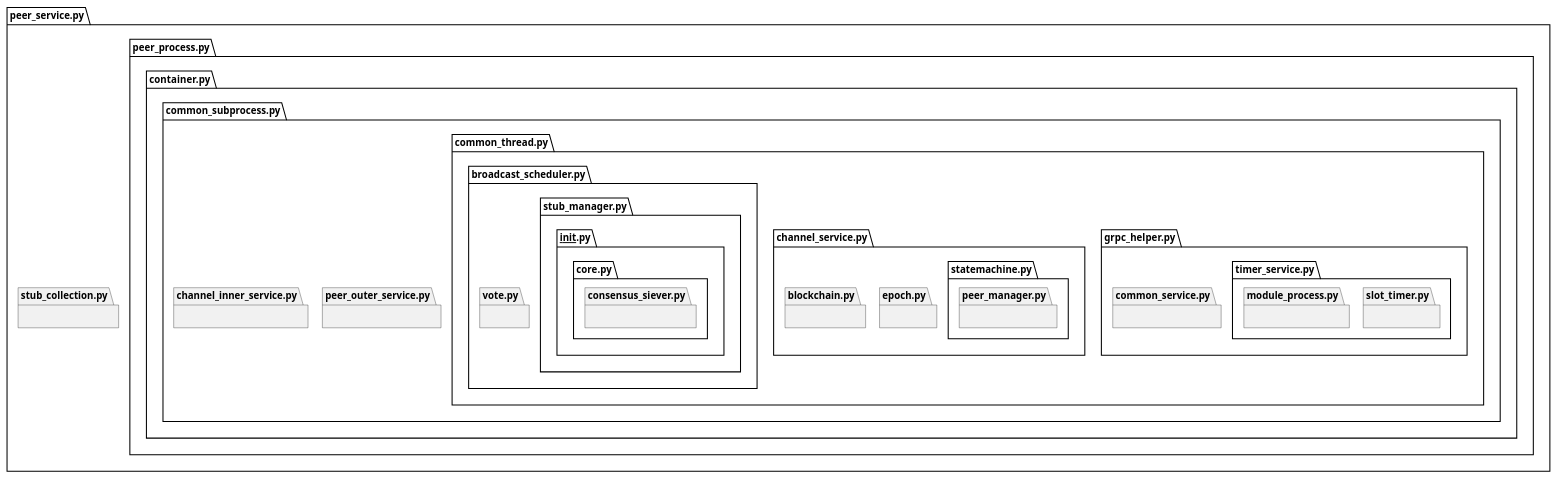
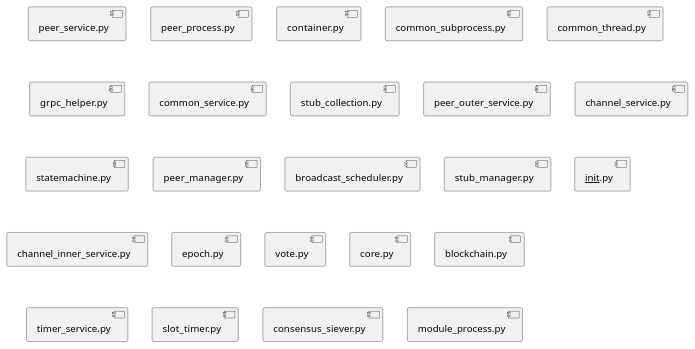
Before and after one commit to metalg0su/studies: the diagram in nutshell.puml, drawn with PlantUML. The commit also changed 2 other files, not shown here.

```diff
--- a/nutshell.puml
+++ b/nutshell.puml
@@ -4,270 +4,270 @@
 @startuml
 '========= loopchain.peer.log
-partition peer_service.py
-partition peer_process.py
-partition container.py
-partition common_subprocess.py
-partition common_thread.py
-partition grpc_helper.py
-partition common_service.py
-partition peer_service.py
-partition stub_collection.py
-partition common_subprocess.py
-partition peer_outer_service.py
-partition common_subprocess.py
-partition peer_outer_service.py
-partition peer_service.py
-partition peer_outer_service.py
-partition common_thread.py
+component peer_service.py
+component peer_process.py
+component container.py
+component common_subprocess.py
+component common_thread.py
+component grpc_helper.py
+component common_service.py
+component peer_service.py
+component stub_collection.py
+component common_subprocess.py
+component peer_outer_service.py
+component common_subprocess.py
+component peer_outer_service.py
+component peer_service.py
+component peer_outer_service.py
+component common_thread.py
 
 '========= loopchain.channel.icon_dex.log
-partition channel_service.py
-partition statemachine.py
-partition peer_manager.py
-partition common_thread.py
-partition broadcast_scheduler.py
-partition stub_manager.py
-partition __init__.py
-partition grpc_helper.py
-partition stub_manager.py
-partition channel_service.py
-partition __init__.py
-partition common_thread.py
-partition common_subprocess.py
-partition channel_inner_service.py
-partition peer_manager.py
-partition stub_manager.py
-partition __init__.py
-partition grpc_helper.py
-partition peer_manager.py
-partition broadcast_scheduler.py
-partition peer_manager.py
-partition stub_manager.py
-partition __init__.py
-partition grpc_helper.py
-partition peer_manager.py
-partition broadcast_scheduler.py
-partition peer_manager.py
-partition stub_manager.py
-partition peer_manager.py
-partition __init__.py
-partition peer_manager.py
-partition grpc_helper.py
-partition peer_manager.py
-partition stub_manager.py
-partition __init__.py
-partition grpc_helper.py
-partition peer_manager.py
-partition stub_manager.py
-partition __init__.py
-partition grpc_helper.py
-partition peer_manager.py
-partition stub_manager.py
-partition __init__.py
-partition grpc_helper.py
-partition peer_manager.py
-partition stub_manager.py
-partition broadcast_scheduler.py
-partition __init__.py
-partition stub_manager.py
-partition __init__.py
-partition grpc_helper.py
-partition peer_manager.py
-partition grpc_helper.py
-partition peer_manager.py
-partition stub_manager.py
-partition peer_manager.py
-partition stub_manager.py
-partition __init__.py
-partition grpc_helper.py
-partition peer_manager.py
-partition broadcast_scheduler.py
-partition peer_manager.py
-partition stub_manager.py
-partition channel_service.py
-partition __init__.py
-partition channel_service.py
-partition grpc_helper.py
-partition channel_service.py
-partition stub_manager.py
-partition channel_service.py
-partition epoch.py
-partition broadcast_scheduler.py
-partition vote.py
-partition stub_manager.py
-partition common_thread.py
-partition __init__.py
-partition core.py
-partition grpc_helper.py
-partition core.py
-partition stub_manager.py
-partition core.py
-partition broadcast_scheduler.py
-partition core.py
-partition stub_manager.py
-partition core.py
-partition __init__.py
-partition core.py
-partition grpc_helper.py
-partition core.py
-partition stub_manager.py
-partition core.py
-partition channel_service.py
-partition blockchain.py
-partition peer_manager.py
-partition channel_service.py
-partition broadcast_scheduler.py
-partition core.py
-partition stub_manager.py
-partition core.py
-partition __init__.py
-partition core.py
-partition grpc_helper.py
-partition timer_service.py
-partition stub_manager.py
-partition timer_service.py
-partition core.py
-partition blockchain.py
-partition channel_service.py
-partition blockchain.py
-partition core.py
-partition timer_service.py
-partition core.py
-partition timer_service.py
-partition slot_timer.py
-partition timer_service.py
-partition core.py
-partition consensus_siever.py
-partition vote.py
-partition epoch.py
-partition slot_timer.py
-partition timer_service.py
-partition slot_timer.py
-partition timer_service.py
-partition consensus_siever.py
-partition vote.py
-partition epoch.py
-partition slot_timer.py
-partition timer_service.py
-partition slot_timer.py
-partition timer_service.py
-partition consensus_siever.py
-partition vote.py
-partition epoch.py
-partition slot_timer.py
-partition timer_service.py
-partition broadcast_scheduler.py
-partition stub_manager.py
-partition __init__.py
-partition grpc_helper.py
-partition broadcast_scheduler.py
-partition stub_manager.py
-partition broadcast_scheduler.py
-partition __init__.py
-partition broadcast_scheduler.py
-partition stub_manager.py
-partition broadcast_scheduler.py
-partition stub_manager.py
-partition broadcast_scheduler.py
-partition grpc_helper.py
-partition __init__.py
-partition stub_manager.py
-partition __init__.py
-partition grpc_helper.py
-partition __init__.py
-partition broadcast_scheduler.py
-partition grpc_helper.py
-partition broadcast_scheduler.py
-partition grpc_helper.py
-partition broadcast_scheduler.py
-partition timer_service.py
-partition slot_timer.py
-partition timer_service.py
-partition consensus_siever.py
-partition vote.py
-partition epoch.py
-partition slot_timer.py
-partition timer_service.py
-partition slot_timer.py
-partition timer_service.py
-partition consensus_siever.py
-partition vote.py
-partition epoch.py
-partition slot_timer.py
-partition timer_service.py
-partition slot_timer.py
-partition timer_service.py
-partition consensus_siever.py
-partition vote.py
-partition epoch.py
-partition slot_timer.py
-partition timer_service.py
-partition slot_timer.py
-partition timer_service.py
-partition consensus_siever.py
-partition vote.py
-partition epoch.py
-partition slot_timer.py
-partition timer_service.py
-partition slot_timer.py
-partition timer_service.py
-partition consensus_siever.py
-partition vote.py
-partition epoch.py
-partition slot_timer.py
-partition timer_service.py
-partition module_process.py
-partition channel_service.py
-partition channel_inner_service.py
-partition channel_service.py
-partition timer_service.py
-partition channel_service.py
-partition common_subprocess.py
-partition channel_service.py
-partition common_thread.py
-partition channel_service.py
-partition common_thread.py
-partition channel_service.py
+component channel_service.py
+component statemachine.py
+component peer_manager.py
+component common_thread.py
+component broadcast_scheduler.py
+component stub_manager.py
+component __init__.py
+component grpc_helper.py
+component stub_manager.py
+component channel_service.py
+component __init__.py
+component common_thread.py
+component common_subprocess.py
+component channel_inner_service.py
+component peer_manager.py
+component stub_manager.py
+component __init__.py
+component grpc_helper.py
+component peer_manager.py
+component broadcast_scheduler.py
+component peer_manager.py
+component stub_manager.py
+component __init__.py
+component grpc_helper.py
+component peer_manager.py
+component broadcast_scheduler.py
+component peer_manager.py
+component stub_manager.py
+component peer_manager.py
+component __init__.py
+component peer_manager.py
+component grpc_helper.py
+component peer_manager.py
+component stub_manager.py
+component __init__.py
+component grpc_helper.py
+component peer_manager.py
+component stub_manager.py
+component __init__.py
+component grpc_helper.py
+component peer_manager.py
+component stub_manager.py
+component __init__.py
+component grpc_helper.py
+component peer_manager.py
+component stub_manager.py
+component broadcast_scheduler.py
+component __init__.py
+component stub_manager.py
+component __init__.py
+component grpc_helper.py
+component peer_manager.py
+component grpc_helper.py
+component peer_manager.py
+component stub_manager.py
+component peer_manager.py
+component stub_manager.py
+component __init__.py
+component grpc_helper.py
+component peer_manager.py
+component broadcast_scheduler.py
+component peer_manager.py
+component stub_manager.py
+component channel_service.py
+component __init__.py
+component channel_service.py
+component grpc_helper.py
+component channel_service.py
+component stub_manager.py
+component channel_service.py
+component epoch.py
+component broadcast_scheduler.py
+component vote.py
+component stub_manager.py
+component common_thread.py
+component __init__.py
+component core.py
+component grpc_helper.py
+component core.py
+component stub_manager.py
+component core.py
+component broadcast_scheduler.py
+component core.py
+component stub_manager.py
+component core.py
+component __init__.py
+component core.py
+component grpc_helper.py
+component core.py
+component stub_manager.py
+component core.py
+component channel_service.py
+component blockchain.py
+component peer_manager.py
+component channel_service.py
+component broadcast_scheduler.py
+component core.py
+component stub_manager.py
+component core.py
+component __init__.py
+component core.py
+component grpc_helper.py
+component timer_service.py
+component stub_manager.py
+component timer_service.py
+component core.py
+component blockchain.py
+component channel_service.py
+component blockchain.py
+component core.py
+component timer_service.py
+component core.py
+component timer_service.py
+component slot_timer.py
+component timer_service.py
+component core.py
+component consensus_siever.py
+component vote.py
+component epoch.py
+component slot_timer.py
+component timer_service.py
+component slot_timer.py
+component timer_service.py
+component consensus_siever.py
+component vote.py
+component epoch.py
+component slot_timer.py
+component timer_service.py
+component slot_timer.py
+component timer_service.py
+component consensus_siever.py
+component vote.py
+component epoch.py
+component slot_timer.py
+component timer_service.py
+component broadcast_scheduler.py
+component stub_manager.py
+component __init__.py
+component grpc_helper.py
+component broadcast_scheduler.py
+component stub_manager.py
+component broadcast_scheduler.py
+component __init__.py
+component broadcast_scheduler.py
+component stub_manager.py
+component broadcast_scheduler.py
+component stub_manager.py
+component broadcast_scheduler.py
+component grpc_helper.py
+component __init__.py
+component stub_manager.py
+component __init__.py
+component grpc_helper.py
+component __init__.py
+component broadcast_scheduler.py
+component grpc_helper.py
+component broadcast_scheduler.py
+component grpc_helper.py
+component broadcast_scheduler.py
+component timer_service.py
+component slot_timer.py
+component timer_service.py
+component consensus_siever.py
+component vote.py
+component epoch.py
+component slot_timer.py
+component timer_service.py
+component slot_timer.py
+component timer_service.py
+component consensus_siever.py
+component vote.py
+component epoch.py
+component slot_timer.py
+component timer_service.py
+component slot_timer.py
+component timer_service.py
+component consensus_siever.py
+component vote.py
+component epoch.py
+component slot_timer.py
+component timer_service.py
+component slot_timer.py
+component timer_service.py
+component consensus_siever.py
+component vote.py
+component epoch.py
+component slot_timer.py
+component timer_service.py
+component slot_timer.py
+component timer_service.py
+component consensus_siever.py
+component vote.py
+component epoch.py
+component slot_timer.py
+component timer_service.py
+component module_process.py
+component channel_service.py
+component channel_inner_service.py
+component channel_service.py
+component timer_service.py
+component channel_service.py
+component common_subprocess.py
+component channel_service.py
+component common_thread.py
+component channel_service.py
+component common_thread.py
+component channel_service.py
 
 '========= loopchain.channel-txcreator-icon_dex_broadcast.icon_dex.log
-partition broadcast_scheduler.py
-partition common_thread.py
-partition broadcast_scheduler.py
-partition stub_manager.py
-partition __init__.py
-partition grpc_helper.py
-partition stub_manager.py
-partition broadcast_scheduler.py
-partition stub_manager.py
-partition __init__.py
-partition grpc_helper.py
-partition stub_manager.py
-partition broadcast_scheduler.py
-partition stub_manager.py
-partition __init__.py
-partition grpc_helper.py
-partition stub_manager.py
-partition broadcast_scheduler.py
-partition stub_manager.py
-partition __init__.py
-partition grpc_helper.py
-partition stub_manager.py
-partition broadcast_scheduler.py
-partition stub_manager.py
-partition __init__.py
-partition grpc_helper.py
-partition stub_manager.py
-partition broadcast_scheduler.py
-partition stub_manager.py
-partition __init__.py
-partition grpc_helper.py
-partition stub_manager.py
-partition broadcast_scheduler.py
-partition stub_manager.py
-partition __init__.py
-partition grpc_helper.py
-partition stub_manager.py
-partition broadcast_scheduler.py
-partition common_thread.py
-partition broadcast_scheduler.py
+component broadcast_scheduler.py
+component common_thread.py
+component broadcast_scheduler.py
+component stub_manager.py
+component __init__.py
+component grpc_helper.py
+component stub_manager.py
+component broadcast_scheduler.py
+component stub_manager.py
+component __init__.py
+component grpc_helper.py
+component stub_manager.py
+component broadcast_scheduler.py
+component stub_manager.py
+component __init__.py
+component grpc_helper.py
+component stub_manager.py
+component broadcast_scheduler.py
+component stub_manager.py
+component __init__.py
+component grpc_helper.py
+component stub_manager.py
+component broadcast_scheduler.py
+component stub_manager.py
+component __init__.py
+component grpc_helper.py
+component stub_manager.py
+component broadcast_scheduler.py
+component stub_manager.py
+component __init__.py
+component grpc_helper.py
+component stub_manager.py
+component broadcast_scheduler.py
+component stub_manager.py
+component __init__.py
+component grpc_helper.py
+component stub_manager.py
+component broadcast_scheduler.py
+component common_thread.py
+component broadcast_scheduler.py
 @enduml
```
